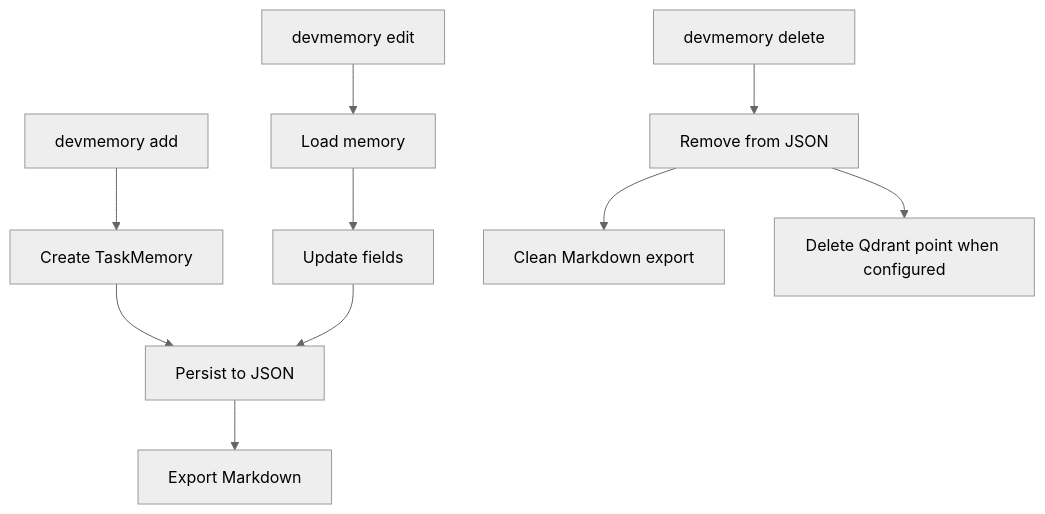
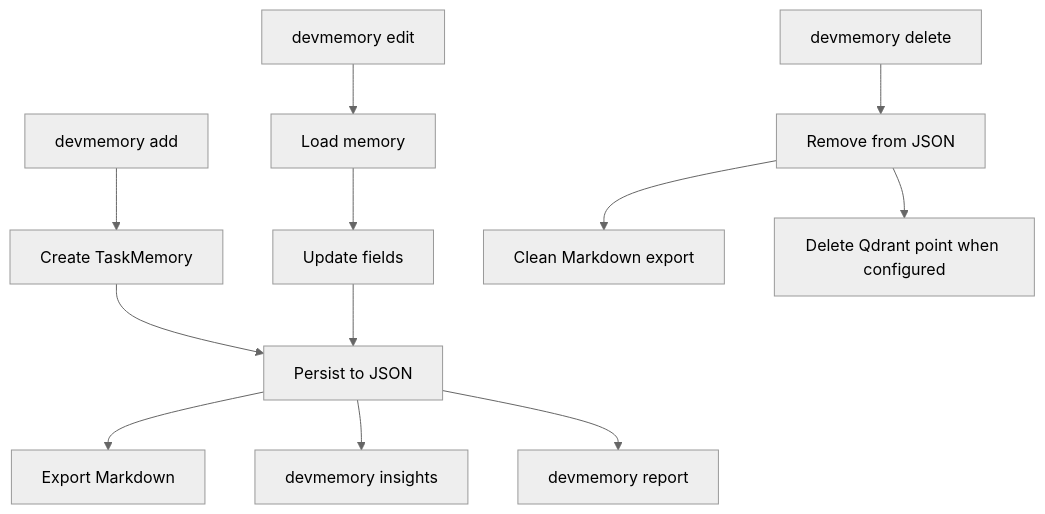
One commit to FilippoGaravaglia/DevMemory changed the third of 6 diagrams in docs/architecture.md. Above: the diagram before and after it, drawn with Mermaid (neutral theme). The commit also changed other lines of this file and 11 other files, not shown here.

````diff
--- a/docs/architecture.md
+++ b/docs/architecture.md
@@ -303,14 +327,17 @@
 ```mermaid
 flowchart TD
     A[devmemory add] --> B[Create TaskMemory]
     B --> C[Persist to JSON]
     C --> D[Export Markdown]
 
     E[devmemory edit] --> F[Load memory]
     F --> G[Update fields]
     G --> C
 
     H[devmemory delete] --> I[Remove from JSON]
     I --> J[Clean Markdown export]
     I --> K[Delete Qdrant point when configured]
+
+    C --> L[devmemory insights]
+    C --> M[devmemory report]
 ```
````
